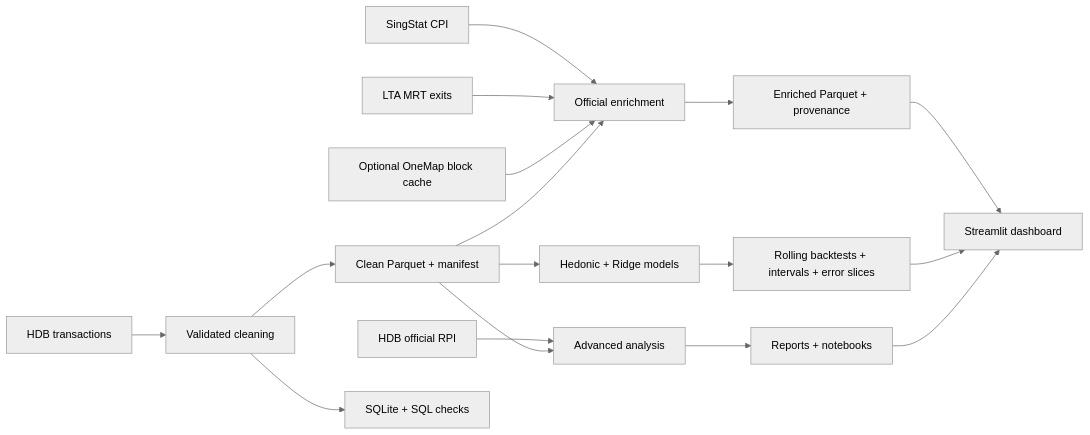
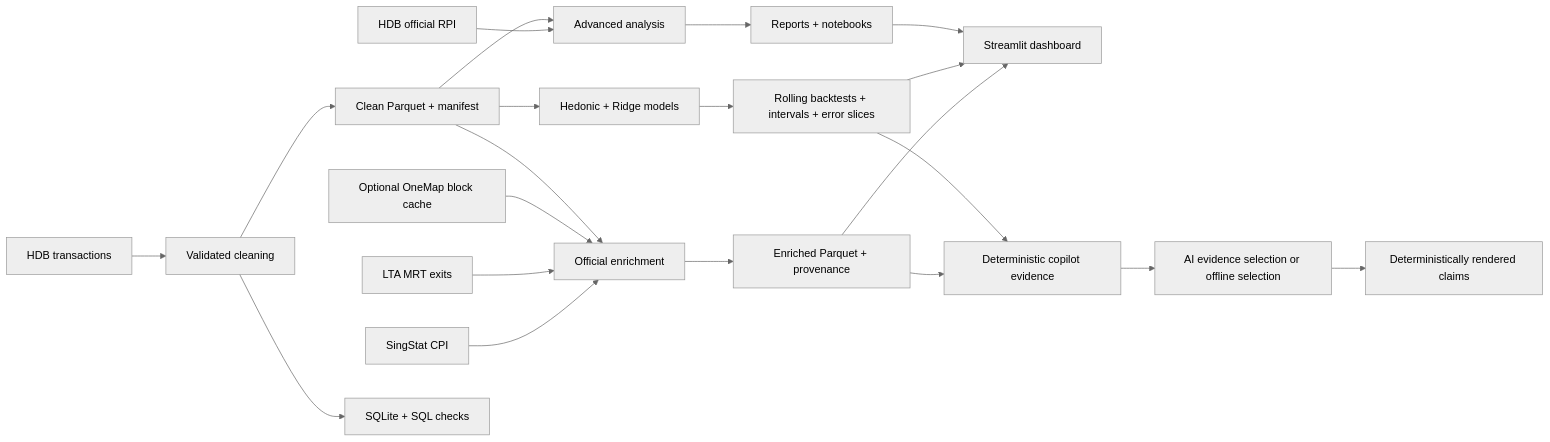
One commit to Aiden812/singapore-hdb-resale-analytics changed the diagram in README.md. Above: the diagram before and after it, drawn with Mermaid (neutral theme). The commit also changed other lines of this file and 16 other files, not shown here.

Commit message:
feat: add evidence-grounded HDB resale copilot

````diff
--- a/README.md
+++ b/README.md
@@ -145,19 +183,23 @@
 ```mermaid
 flowchart LR
     A[HDB transactions] --> D[Validated cleaning]
     B[HDB official RPI] --> H[Advanced analysis]
     C[SingStat CPI] --> E[Official enrichment]
     M[LTA MRT exits] --> E
     O[Optional OneMap block cache] --> E
     D --> P[Clean Parquet + manifest]
     D --> S[SQLite + SQL checks]
     P --> E
     P --> H
     P --> K[Hedonic + Ridge models]
     E --> Q[Enriched Parquet + provenance]
     K --> R[Rolling backtests + intervals + error slices]
     H --> U[Reports + notebooks]
     Q --> V[Streamlit dashboard]
     R --> V
+    Q --> X[Deterministic copilot evidence]
+    R --> X
+    X --> Y[AI evidence selection or offline selection]
+    Y --> Z[Deterministically rendered claims]
     U --> V
 ```
````
